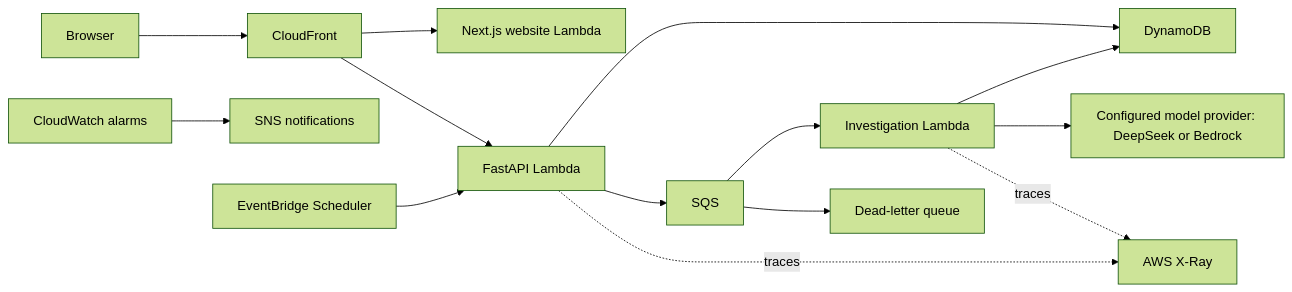
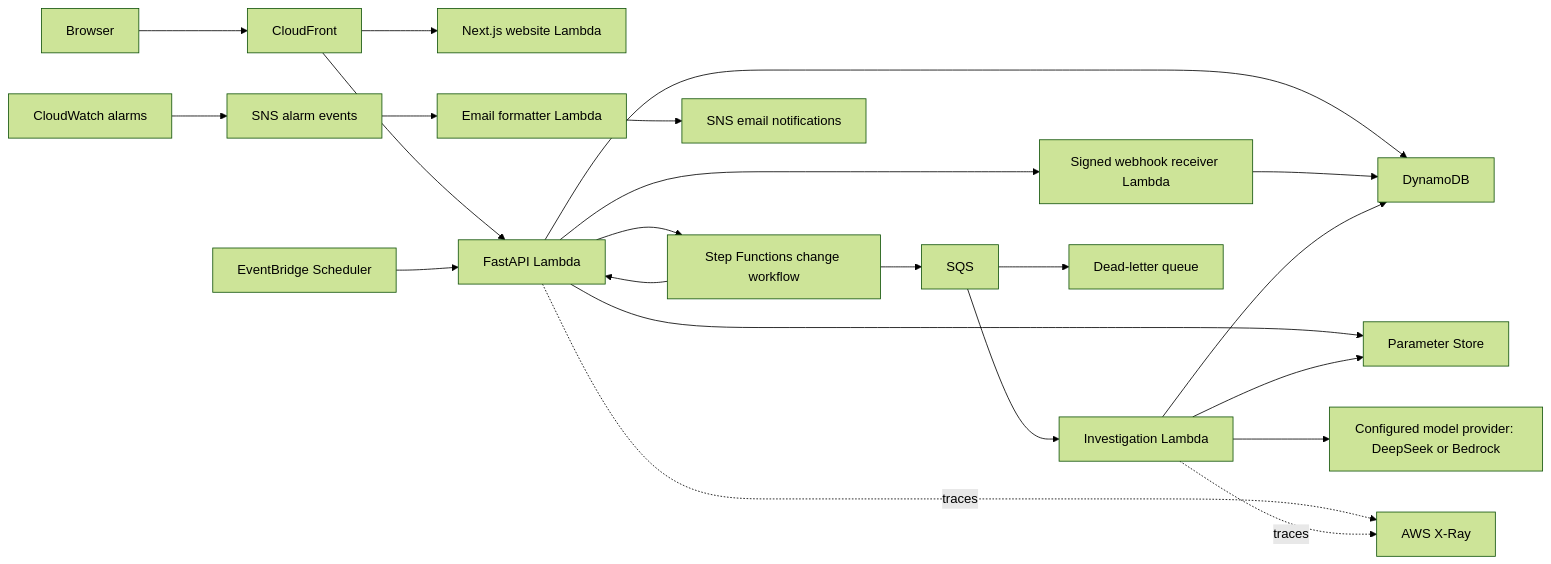
One commit to HanifCarroll/Switchboard changed the diagram in docs/architecture.md. Above: the diagram before and after it, drawn with Mermaid (forest theme). The commit also changed other lines of this file and 35 other files, not shown here.

````diff
--- a/docs/architecture.md
+++ b/docs/architecture.md
@@ -7,16 +7,24 @@
 ```mermaid
 flowchart LR
     Browser --> CloudFront
     CloudFront --> Website[Next.js website Lambda]
     CloudFront --> API[FastAPI Lambda]
     API --> DynamoDB
-    API --> SQS
+    API --> Workflow[Step Functions change workflow]
+    Workflow --> SQS
+    Workflow --> API
+    API --> Receiver[Signed webhook receiver Lambda]
+    Receiver --> DynamoDB
+    API --> SSM[Parameter Store]
+    Worker --> SSM
     SQS --> Worker[Investigation Lambda]
     Worker --> DynamoDB
     Worker --> Model[Configured model provider: DeepSeek or Bedrock]
     API -. traces .-> XRay[AWS X-Ray]
     Worker -. traces .-> XRay
-    CloudWatch[CloudWatch alarms] --> SNS[SNS notifications]
+    CloudWatch[CloudWatch alarms] --> AlertEvents[SNS alarm events]
+    AlertEvents --> Formatter[Email formatter Lambda]
+    Formatter --> SNS[SNS email notifications]
     SQS --> DLQ[Dead-letter queue]
     Scheduler[EventBridge Scheduler] --> API
 ```
````
